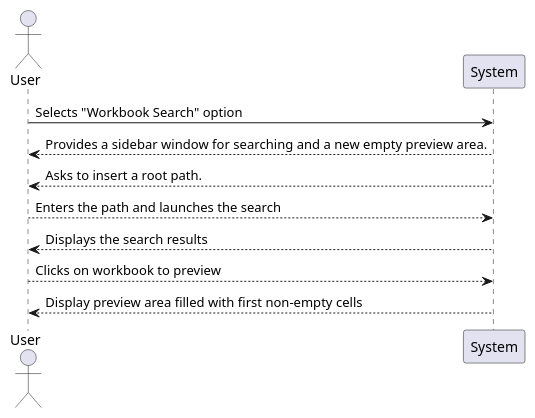
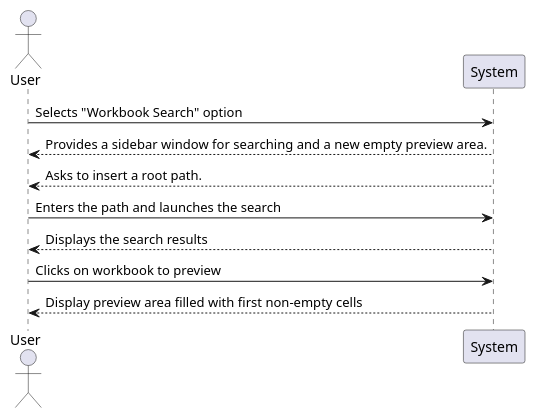
The diagram in src/main/java/lapr4/blue/s2/ipc/n1151088/advancedWorkbookSearch/ipc02_2_ssd.puml (MikeTekOn/lapr4-2017-2dd), drawn with PlantUML before and after one commit. The commit also changed 5 other files, not shown here.

Commit message:
LAPR4E17DD-250 #time 8h #comment Implementation tests, classes related to preview workbook functionality

```diff
--- a/src/main/java/lapr4/blue/s2/ipc/n1151088/advancedWorkbookSearch/ipc02_2_ssd.puml
+++ b/src/main/java/lapr4/blue/s2/ipc/n1151088/advancedWorkbookSearch/ipc02_2_ssd.puml
@@ -1,13 +1,12 @@
 @startuml ipc02_2_ssd.png
-
 
 actor User
 participant "System" as S
 User -> S : Selects "Workbook Search" option
 S --> User : Provides a sidebar window for searching and a new empty preview area.
 S --> User : Asks to insert a root path.
-User --> S : Enters the path and launches the search
+User -> S : Enters the path and launches the search
 S --> User : Displays the search results
-User --> S : Clicks on workbook to preview
+User -> S : Clicks on workbook to preview
 S --> User : Display preview area filled with first non-empty cells
 @enduml
```
